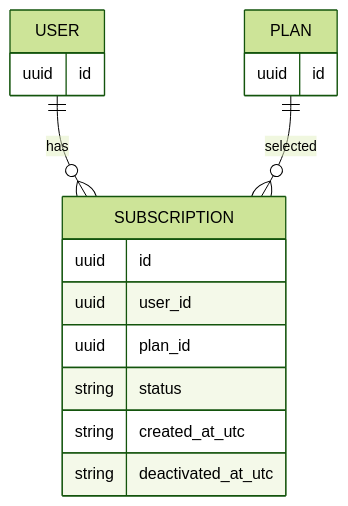
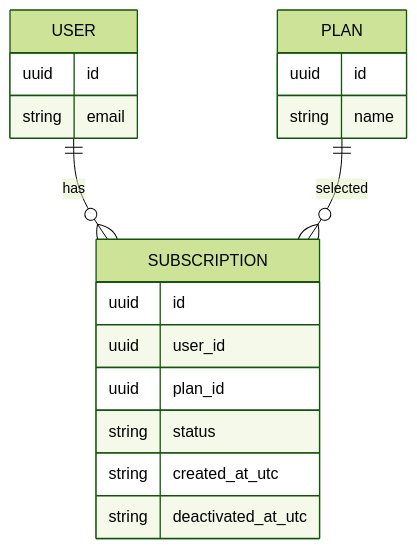
One commit to yasserebrahimi/SubscriptionManagement changed the second of 2 diagrams in README.md. Above: the diagram before and after it, drawn with Mermaid (forest theme). The commit also changed other lines of this file, not shown here.

````diff
--- a/README.md
+++ b/README.md
@@ -129,22 +40,24 @@
 ```mermaid
 erDiagram
   USER ||--o{ SUBSCRIPTION : has
   PLAN ||--o{ SUBSCRIPTION : selected
 
   USER {
     uuid id
+    string email
   }
 
   PLAN {
     uuid id
+    string name
   }
 
   SUBSCRIPTION {
     uuid id
     uuid user_id
     uuid plan_id
     string status
     string created_at_utc
     string deactivated_at_utc
   }
 ```
````
